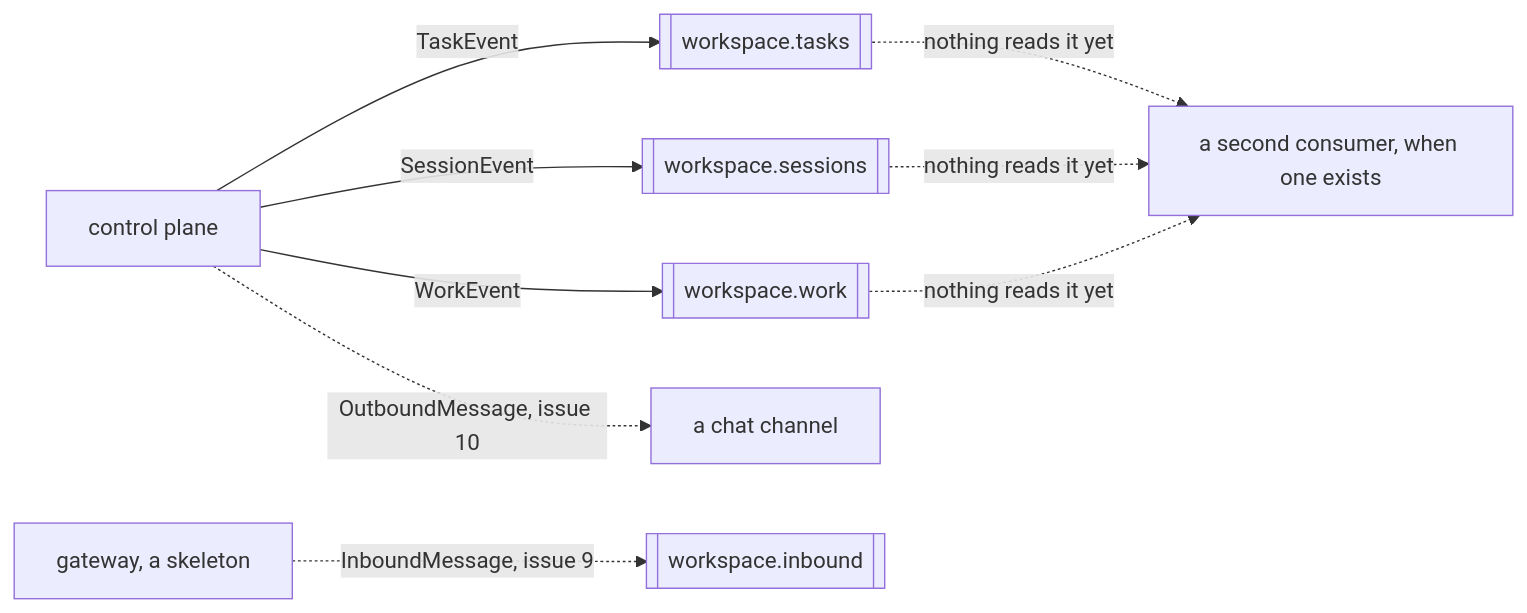
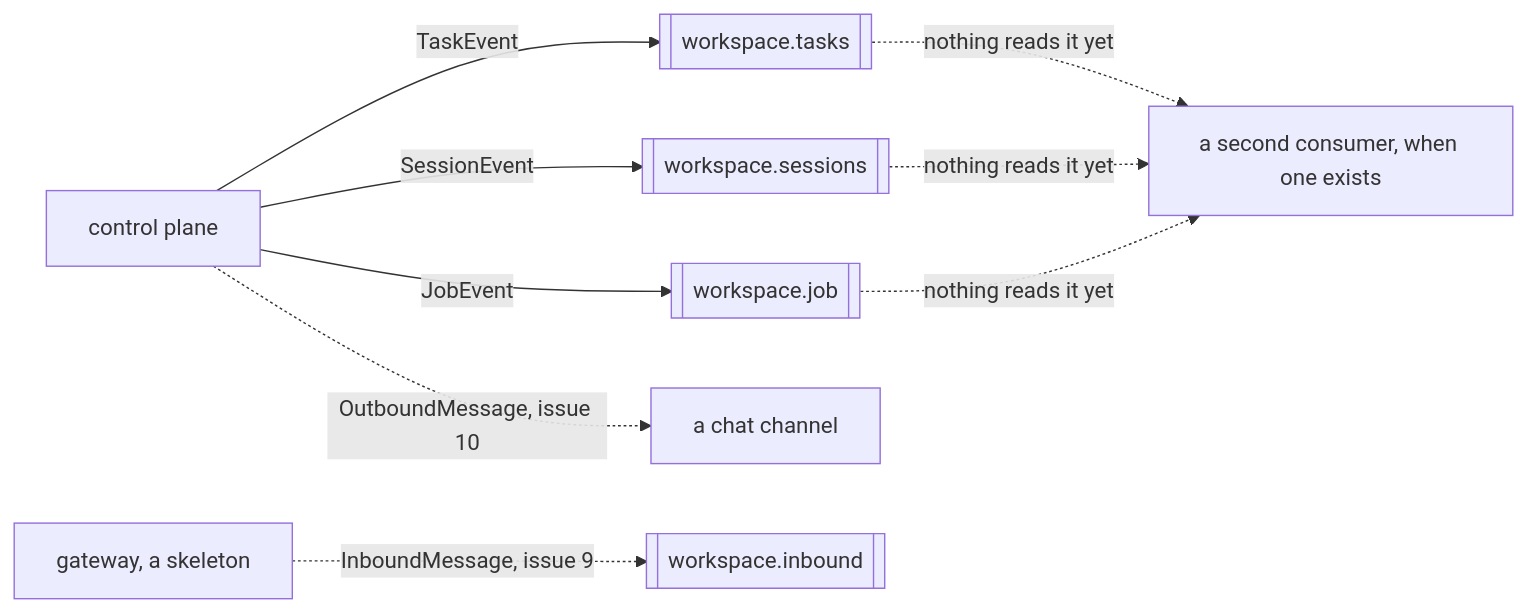
One commit to atlantic-blue/quay-crew changed the first of 2 diagrams in docs/EVENTS.md. Above: the diagram before and after it, drawn with Mermaid. The commit also changed other lines of this file and 222 other files, not shown here.

Commit message:
refactor: declared intent is a job, not work

````diff
--- a/docs/EVENTS.md
+++ b/docs/EVENTS.md
@@ -177,11 +177,11 @@
 ```mermaid
 flowchart LR
     CP["control plane"] -->|"TaskEvent"| TASKS[["workspace.tasks"]]
     TASKS -.->|"nothing reads it yet"| SECOND["a second consumer, when one exists"]
     CP -->|"SessionEvent"| SESSIONS[["workspace.sessions"]]
     SESSIONS -.->|"nothing reads it yet"| SECOND
-    CP -->|"WorkEvent"| WORK[["workspace.work"]]
-    WORK -.->|"nothing reads it yet"| SECOND
+    CP -->|"JobEvent"| JOB[["workspace.job"]]
+    JOB -.->|"nothing reads it yet"| SECOND
     GW["gateway, a skeleton"] -. "InboundMessage, issue 9" .-> IN[["workspace.inbound"]]
     CP -. "OutboundMessage, issue 10" .-> OUT["a chat channel"]
 ```
````
